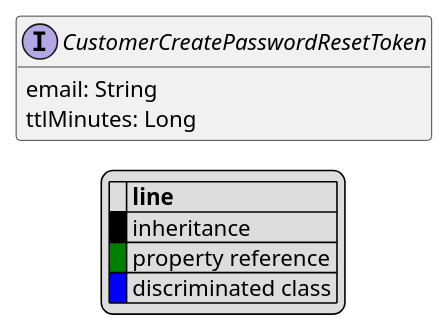
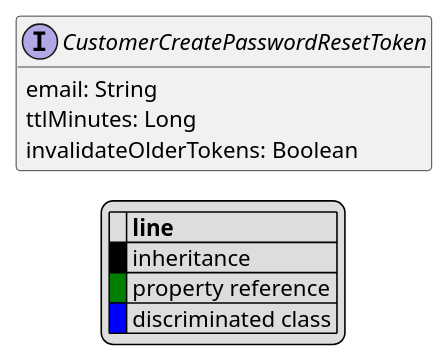
Before and after one commit to commercetools/commercetools-api-reference: the diagram in uml/api/CustomerCreatePasswordResetToken.puml, drawn with PlantUML. The commit also changed 30 other files, not shown here.

```diff
--- a/uml/api/CustomerCreatePasswordResetToken.puml
+++ b/uml/api/CustomerCreatePasswordResetToken.puml
@@ -1,21 +1,22 @@
 @startuml
 
 hide empty fields
 hide empty methods
 legend
 |= |= line |
 |<back:black>   </back>| inheritance |
 |<back:green>   </back>| property reference |
 |<back:blue>   </back>| discriminated class |
 endlegend
 interface CustomerCreatePasswordResetToken [[CustomerCreatePasswordResetToken.svg]]  {
     email: String
     ttlMinutes: Long
+    invalidateOlderTokens: Boolean
 }
 
 
 
 
 
 
 @enduml
```
